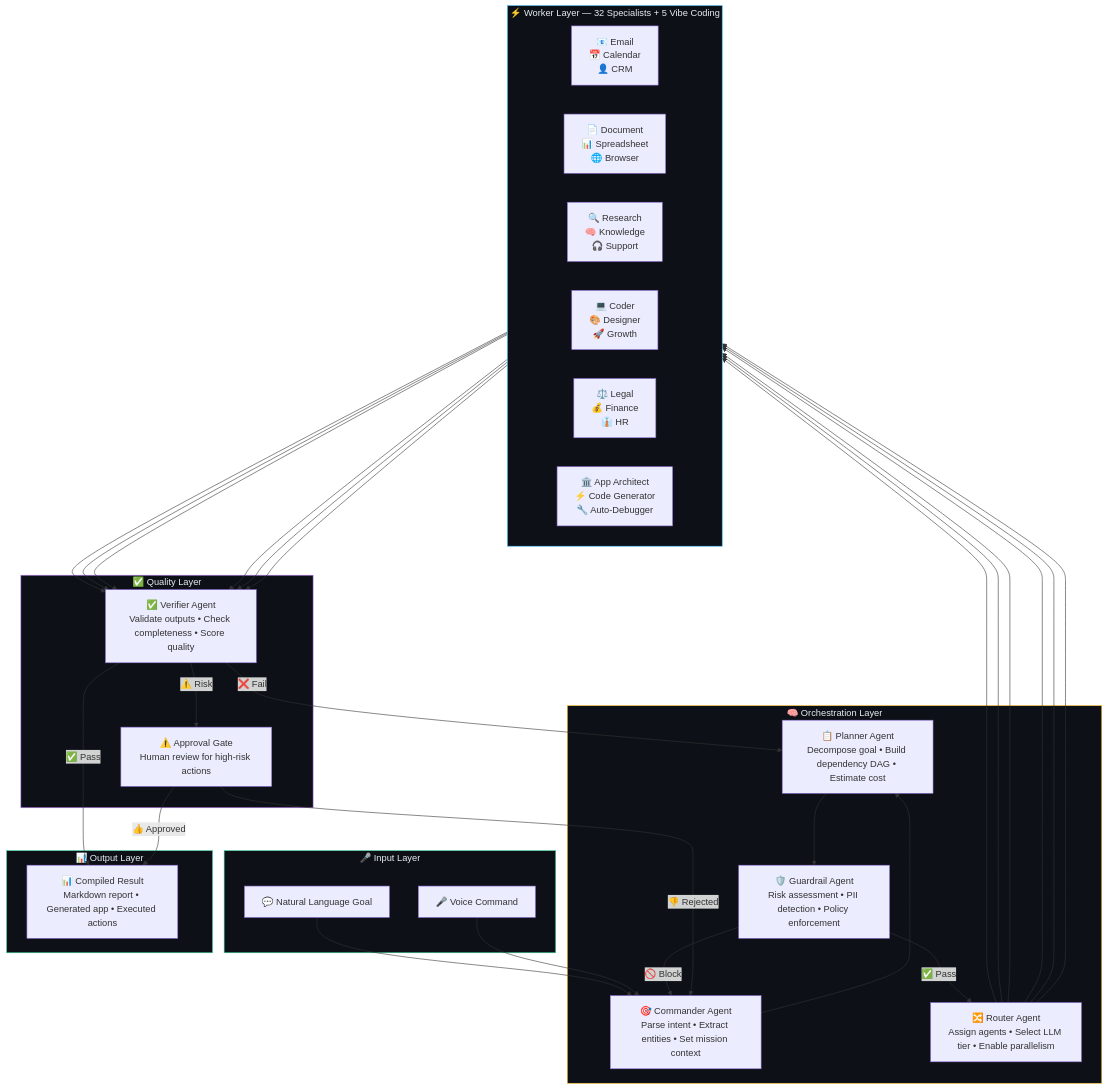
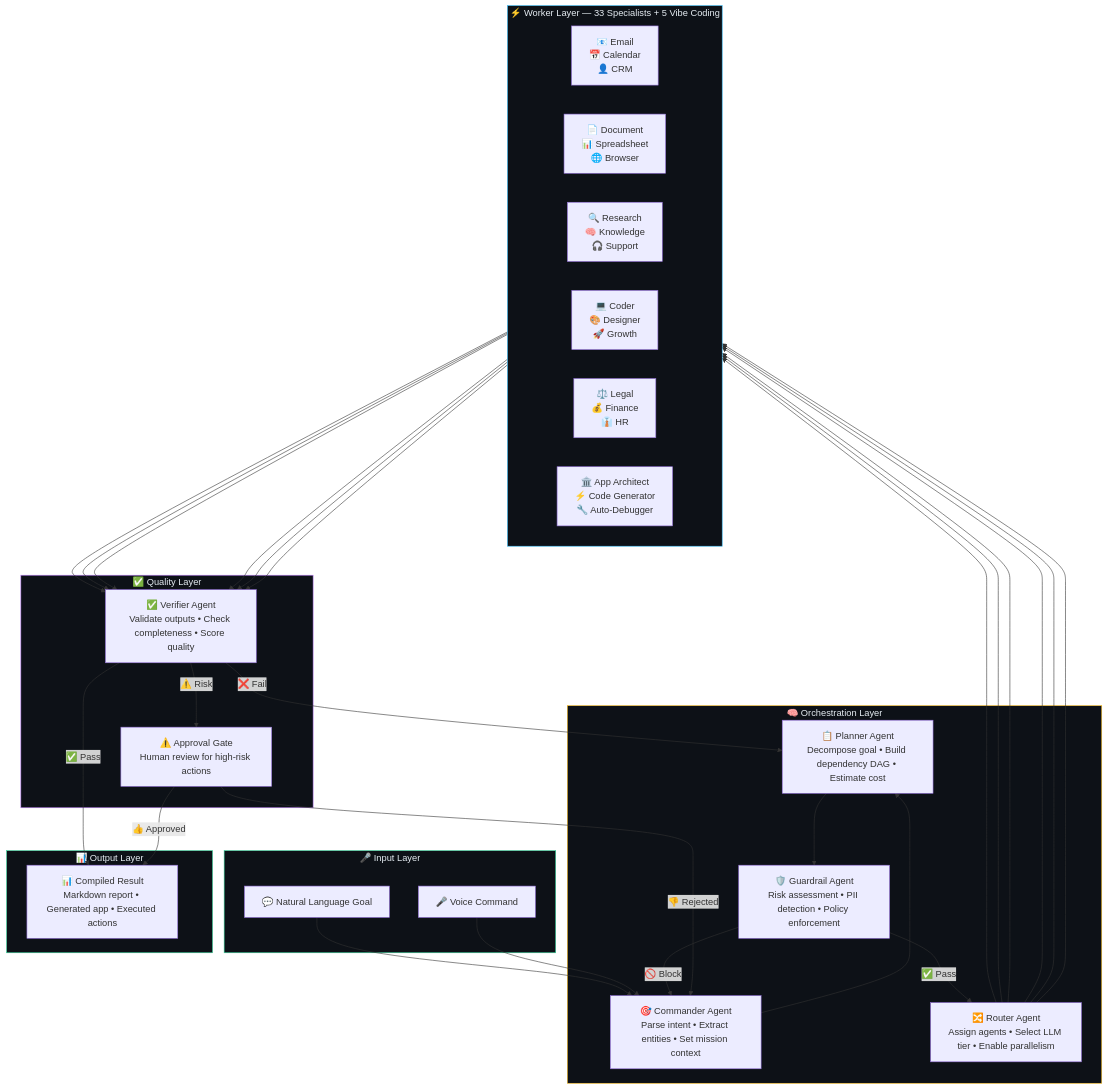
The first of 4 diagrams in README.md (inbharatai/jak-swarm), drawn with Mermaid before and after one commit. The commit also changed other lines of this file and 60 other files, not shown here.

````diff
--- a/README.md
+++ b/README.md
@@ -58,53 +58,53 @@
 ```mermaid
 flowchart TD
     subgraph INPUT["🎤 Input Layer"]
         A["💬 Natural Language Goal"]
         B["🎤 Voice Command"]
     end
 
     subgraph ORCHESTRATION["🧠 Orchestration Layer"]
         C["🎯 Commander Agent\nParse intent • Extract entities • Set mission context"]
         D["📋 Planner Agent\nDecompose goal • Build dependency DAG • Estimate cost"]
         E["🛡️ Guardrail Agent\nRisk assessment • PII detection • Policy enforcement"]
         F["🔀 Router Agent\nAssign agents • Select LLM tier • Enable parallelism"]
     end
 
-    subgraph WORKERS["⚡ Worker Layer — 32 Specialists + 5 Vibe Coding"]
+    subgraph WORKERS["⚡ Worker Layer — 33 Specialists + 5 Vibe Coding"]
         direction LR
         G["📧 Email\n📅 Calendar\n👤 CRM"]
         H["📄 Document\n📊 Spreadsheet\n🌐 Browser"]
         I["🔍 Research\n🧠 Knowledge\n🎧 Support"]
         J["💻 Coder\n🎨 Designer\n🚀 Growth"]
         K["⚖️ Legal\n💰 Finance\n👔 HR"]
         L["🏛️ App Architect\n⚡ Code Generator\n🔧 Auto-Debugger"]
     end
 
     subgraph VERIFY["✅ Quality Layer"]
         M["✅ Verifier Agent\nValidate outputs • Check completeness • Score quality"]
         N["⚠️ Approval Gate\nHuman review for high-risk actions"]
     end
 
     subgraph OUTPUT["📊 Output Layer"]
         O["📊 Compiled Result\nMarkdown report • Generated app • Executed actions"]
     end
 
     A --> C
     B --> C
     C --> D
     D --> E
     E -->|"✅ Pass"| F
     E -->|"🚫 Block"| C
     F --> G & H & I & J & K & L
     G & H & I & J & K & L --> M
     M -->|"✅ Pass"| O
     M -->|"❌ Fail"| D
     M -->|"⚠️ Risk"| N
     N -->|"👍 Approved"| O
     N -->|"👎 Rejected"| C
 
     style INPUT fill:#0d1117,stroke:#34d399,color:#e6edf3
     style ORCHESTRATION fill:#0d1117,stroke:#fbbf24,color:#e6edf3
     style WORKERS fill:#0d1117,stroke:#38bdf8,color:#e6edf3
     style VERIFY fill:#0d1117,stroke:#c084fc,color:#e6edf3
     style OUTPUT fill:#0d1117,stroke:#34d399,color:#e6edf3
 ```
````
